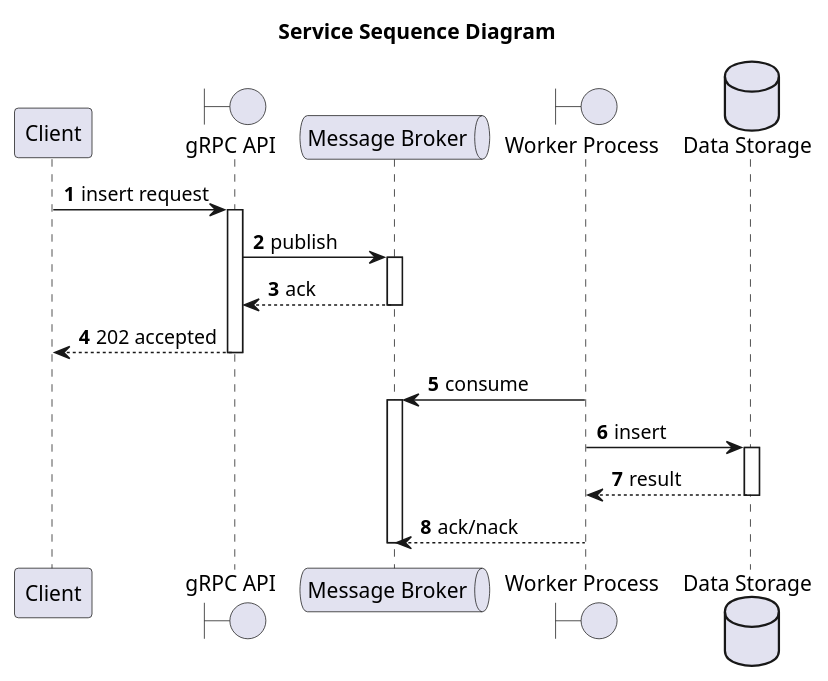
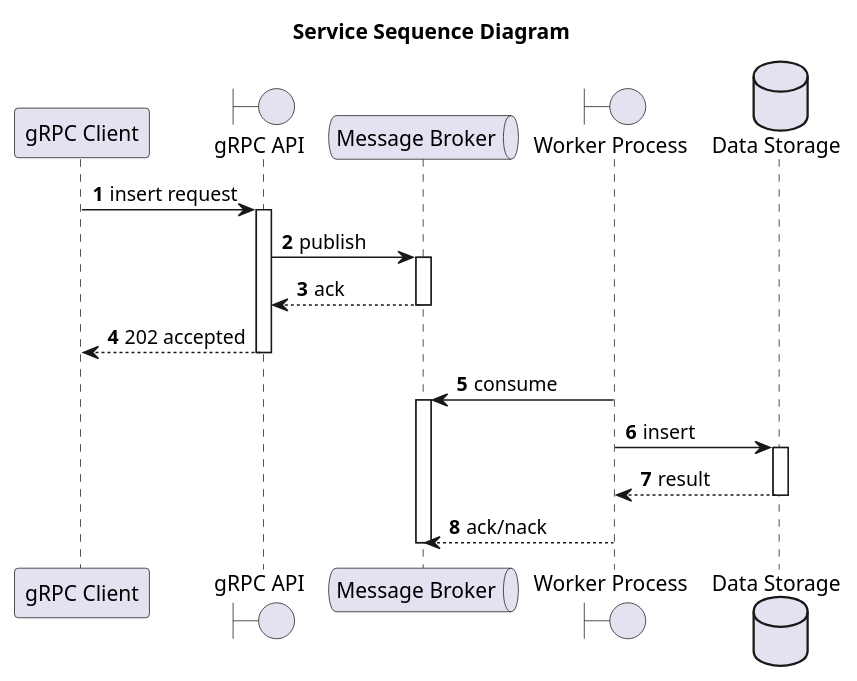
Before and after one commit to twistingmercury/go-basic-tmpl: the diagram in _design/sequence-diagram.puml, drawn with PlantUML. The commit also changed 12 other files, not shown here.

```diff
--- a/_design/sequence-diagram.puml
+++ b/_design/sequence-diagram.puml
@@ -2,29 +2,29 @@
 @startuml service sequence diagram 
 title  "Service Sequence Diagram"
 autonumber
 
-participant "Client" as c
+participant "gRPC Client" as c
 boundary "gRPC API" as a
 queue "Message Broker" as b
 boundary "Worker Process" as w
 database "Data Storage" as d
 
 c -> a ++: insert request
 a -> b ++: publish
 b --> a: ack
 deactivate b
 
 a --> c: 202 accepted
 deactivate a
 
 w -> b ++: consume
 w -> d ++: insert
 d --> w: result
 deactivate d
 
 w --> b: ack/nack
 deactivate b
 
  
 
 @enduml
```
